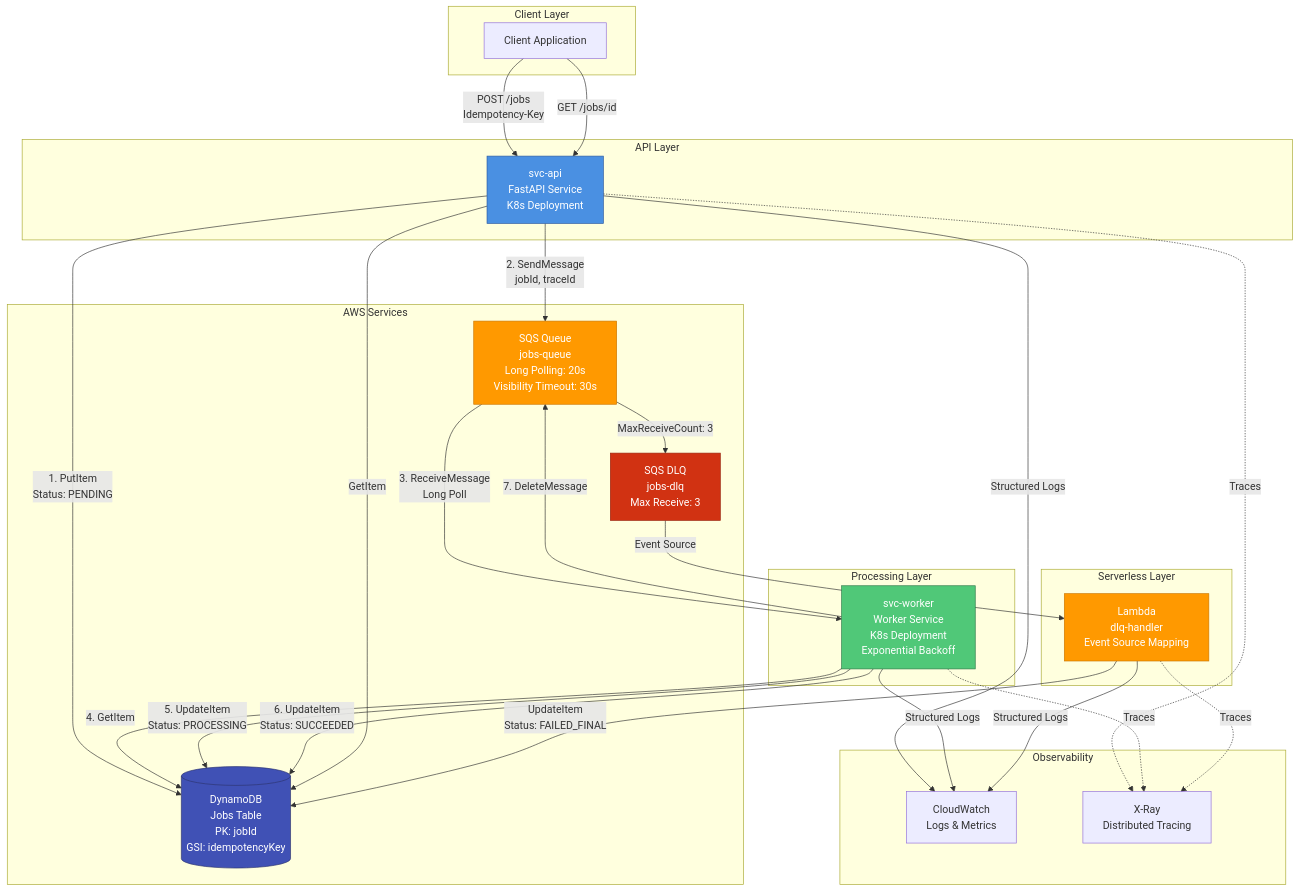
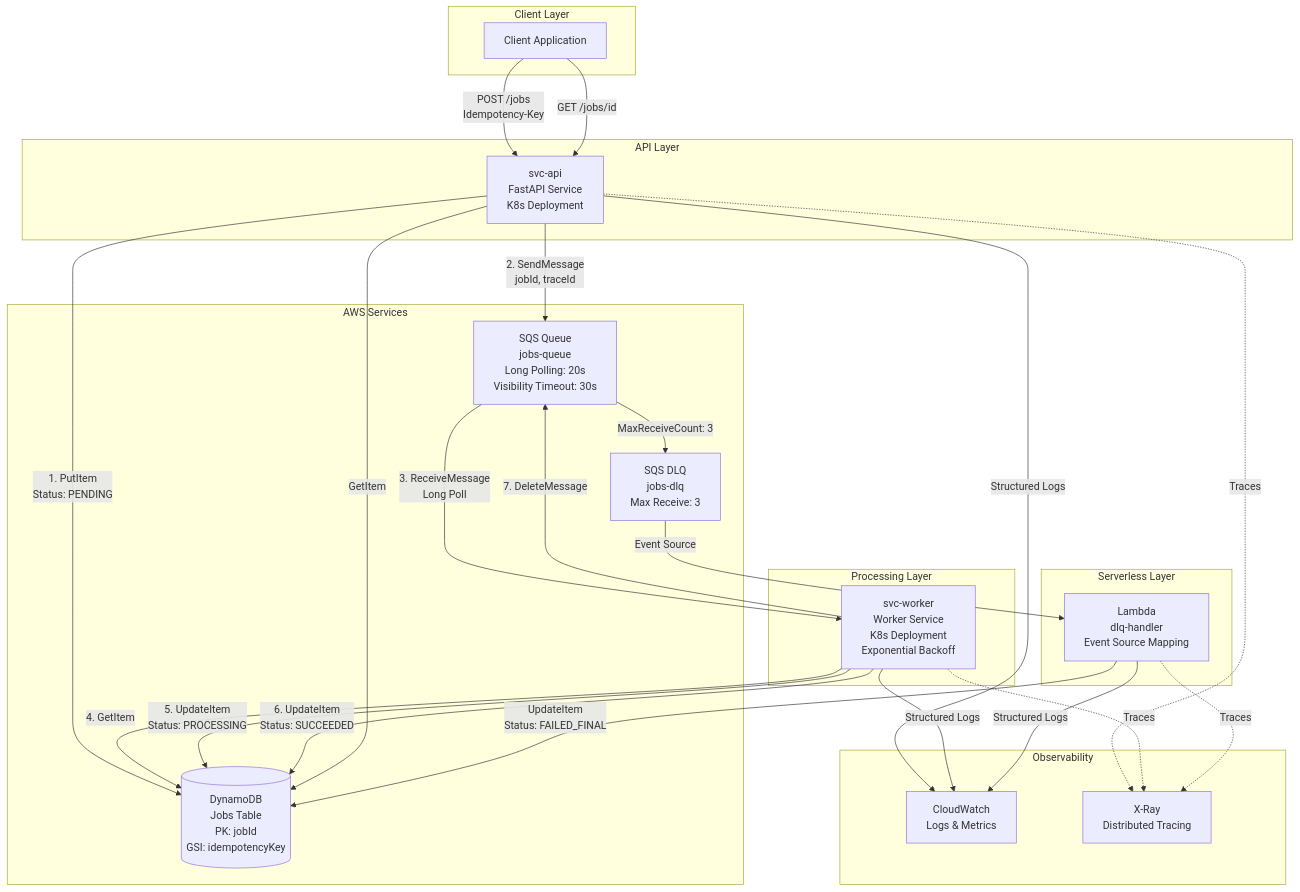
Before and after one commit to yariv1025/async-job-ticket-system: the second of 2 diagrams in README.md, drawn with Mermaid. The commit also changed other lines of this file and 2 other files, not shown here.

````diff
--- a/README.md
+++ b/README.md
@@ -17,61 +57,54 @@
 ```mermaid
 flowchart TB
     subgraph "Client Layer"
         C[Client Application]
     end
     
     subgraph "API Layer"
         API[svc-api<br/>FastAPI Service<br/>K8s Deployment]
     end
     
     subgraph "AWS Services"
         DDB[(DynamoDB<br/>Jobs Table<br/>PK: jobId<br/>GSI: idempotencyKey)]
         Q[SQS Queue<br/>jobs-queue<br/>Long Polling: 20s<br/>Visibility Timeout: 30s]
         DLQ[SQS DLQ<br/>jobs-dlq<br/>Max Receive: 3]
     end
     
     subgraph "Processing Layer"
         W[svc-worker<br/>Worker Service<br/>K8s Deployment<br/>Exponential Backoff]
     end
     
     subgraph "Serverless Layer"
         L[Lambda<br/>dlq-handler<br/>Event Source Mapping]
     end
     
     subgraph "Observability"
         CW[CloudWatch<br/>Logs & Metrics]
         XR[X-Ray<br/>Distributed Tracing]
     end
     
     %% Happy Path
     C -->|POST /jobs<br/>Idempotency-Key| API
     API -->|1. PutItem<br/>Status: PENDING| DDB
     API -->|2. SendMessage<br/>jobId, traceId| Q
     Q -->|3. ReceiveMessage<br/>Long Poll| W
     W -->|4. GetItem| DDB
     W -->|5. UpdateItem<br/>Status: PROCESSING| DDB
     W -->|6. UpdateItem<br/>Status: SUCCEEDED| DDB
     W -->|7. DeleteMessage| Q
     C -->|GET /jobs/id| API
     API -->|GetItem| DDB
     
     %% Failure Path
     Q -->|MaxReceiveCount: 3| DLQ
     DLQ -->|Event Source| L
     L -->|UpdateItem<br/>Status: FAILED_FINAL| DDB
     
     %% Observability
     API -->|Structured Logs| CW
     W -->|Structured Logs| CW
     L -->|Structured Logs| CW
     API -.->|Traces| XR
     W -.->|Traces| XR
     L -.->|Traces| XR
-    
-    style API fill:#4a90e2,stroke:#2c5aa0,color:#fff
-    style W fill:#50c878,stroke:#2d7a4a,color:#fff
-    style L fill:#ff9900,stroke:#cc7700,color:#fff
-    style DDB fill:#4051b5,stroke:#2d3570,color:#fff
-    style Q fill:#ff9900,stroke:#cc7700,color:#fff
-    style DLQ fill:#d13212,stroke:#9a2510,color:#fff
 ```
````
